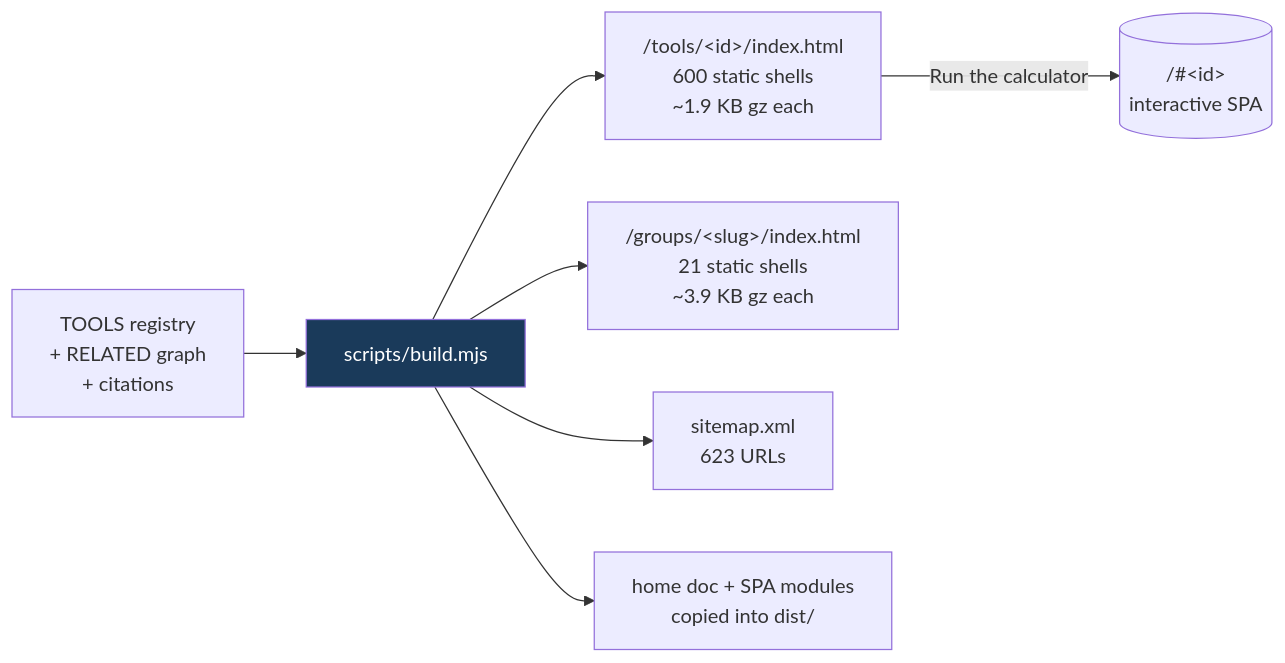
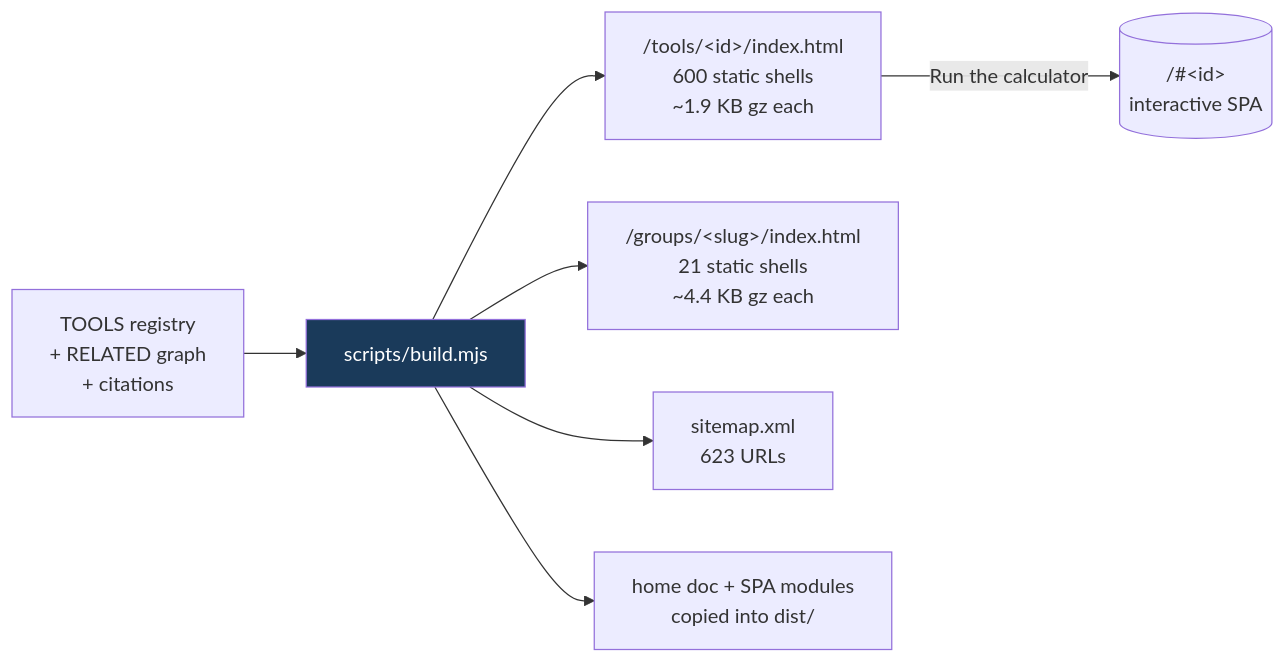
Before and after one commit to clay-good/roughlogic.com: the fifth of 8 diagrams in README.md, drawn with Mermaid. The commit also changed other lines of this file, not shown here.

````diff
--- a/README.md
+++ b/README.md
@@ -444,10 +444,10 @@
 ```mermaid
 flowchart LR
     SRC[TOOLS registry\n+ RELATED graph\n+ citations] --> BUILD[scripts/build.mjs]
     BUILD --> TILE["/tools/&lt;id&gt;/index.html\n600 static shells\n~1.9 KB gz each"]
-    BUILD --> GROUP["/groups/&lt;slug&gt;/index.html\n21 static shells\n~3.9 KB gz each"]
+    BUILD --> GROUP["/groups/&lt;slug&gt;/index.html\n21 static shells\n~4.4 KB gz each"]
     BUILD --> MAP["sitemap.xml\n623 URLs"]
     BUILD --> COPY[home doc + SPA modules\ncopied into dist/]
     TILE -->|Run the calculator| SPA[("/#&lt;id&gt;\ninteractive SPA")]
     style BUILD fill:#1a3a5a,color:#fff
 ```
````
